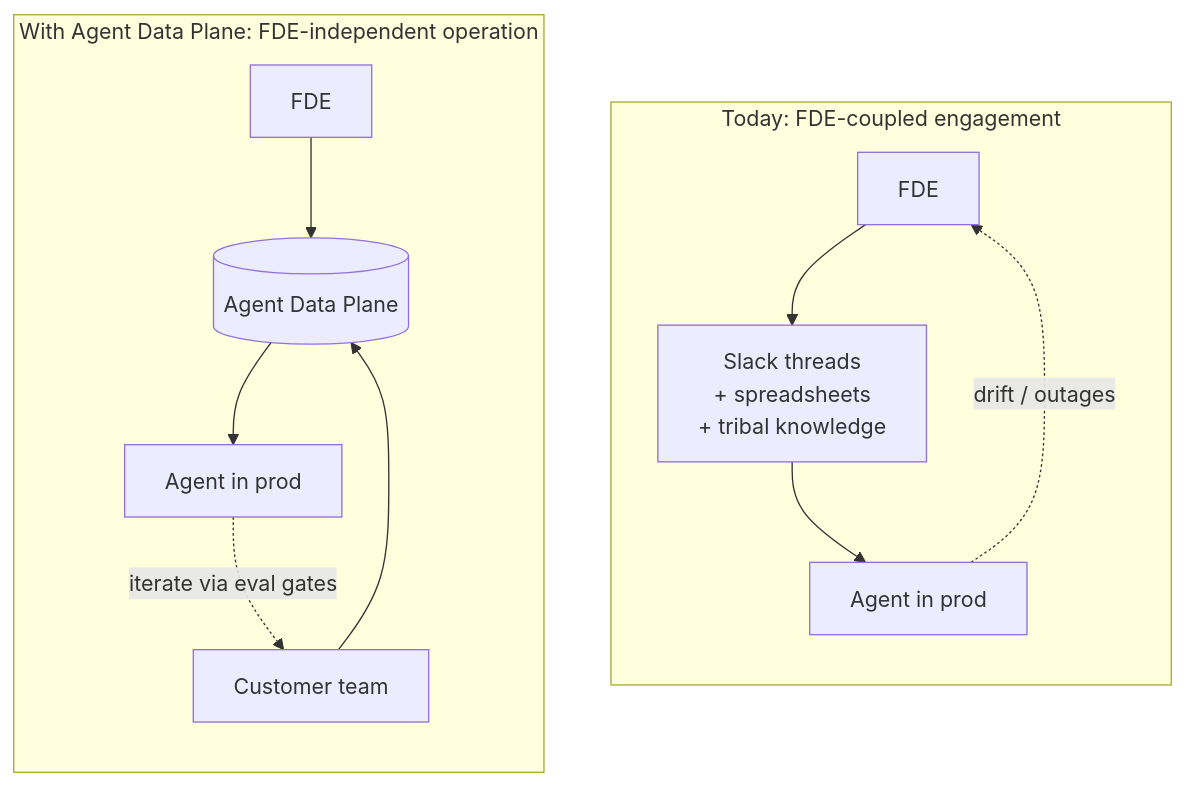
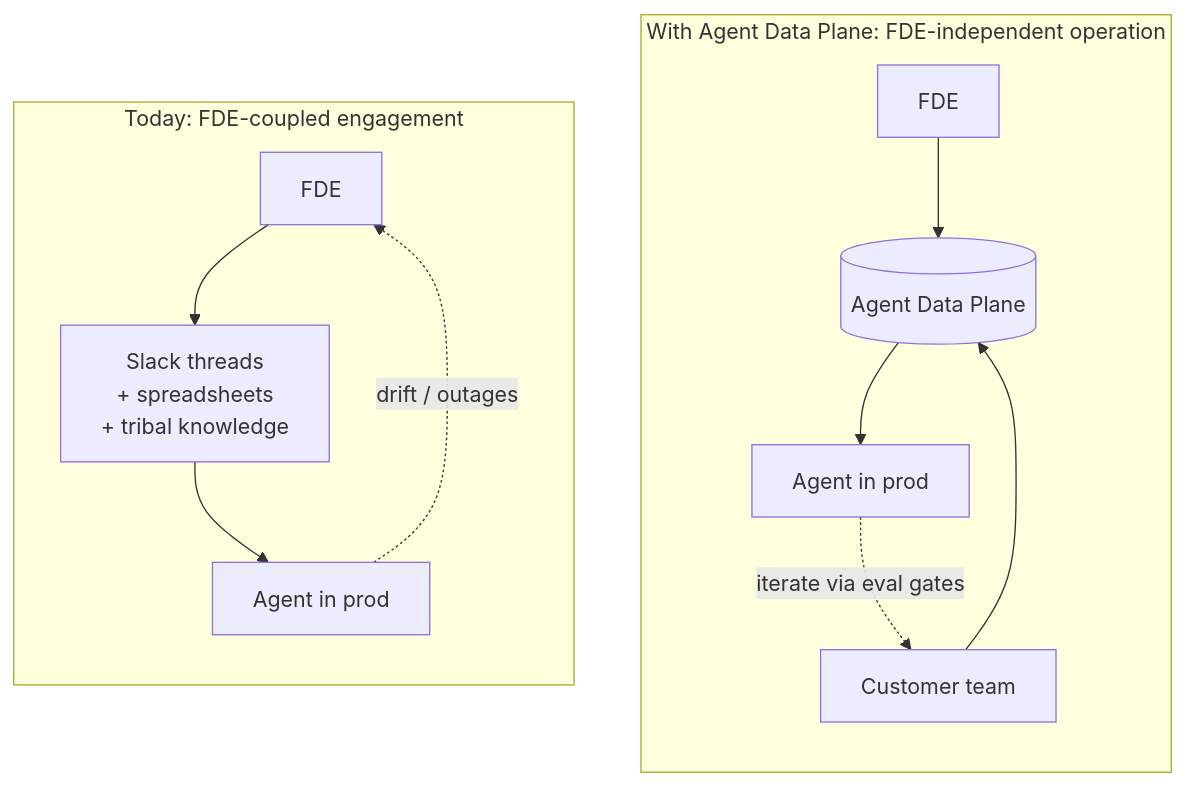
The second of 3 diagrams in _posts/2026-05-26-forward-deployed-engineers.md (aboutphilippe/aboutphilippe.github.io), drawn with Mermaid before and after one commit. The commit also changed other lines of this file, not shown here.

````diff
--- a/_posts/2026-05-26-forward-deployed-engineers.md
+++ b/_posts/2026-05-26-forward-deployed-engineers.md
@@ -170,16 +164,16 @@
 ```mermaid
 flowchart TB
-  subgraph today["Today: FDE-coupled engagement"]
-    direction TB
-    FDE1[FDE] --> GLUE[Slack threads <br>+ spreadsheets <br>+ tribal knowledge]
-    GLUE --> AGENT1[Agent in prod]
-    AGENT1 -.drift / outages.-> FDE1
-  end
   subgraph adp["With Agent Data Plane: FDE-independent operation"]
     direction TB
     FDE2[FDE] --> ADP[(Agent Data Plane)]
     ADP --> AGENT2[Agent in prod]
     CUSTOMER[Customer team] --> ADP
     AGENT2 -.iterate via eval gates.-> CUSTOMER
   end
+  subgraph today["Today: FDE-coupled engagement"]
+    direction TB
+    FDE1[FDE] --> GLUE[Slack threads <br>+ spreadsheets <br>+ tribal knowledge]
+    GLUE --> AGENT1[Agent in prod]
+    AGENT1 -.drift / outages.-> FDE1
+  end
 ```
````
